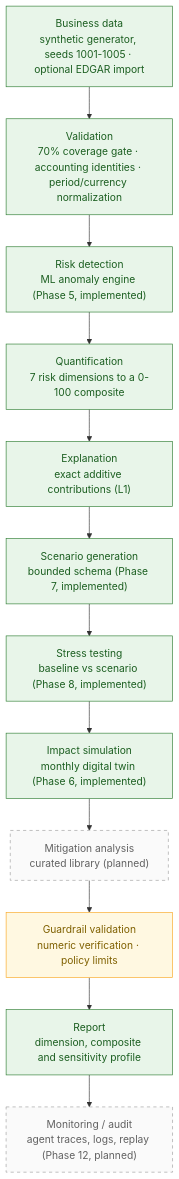
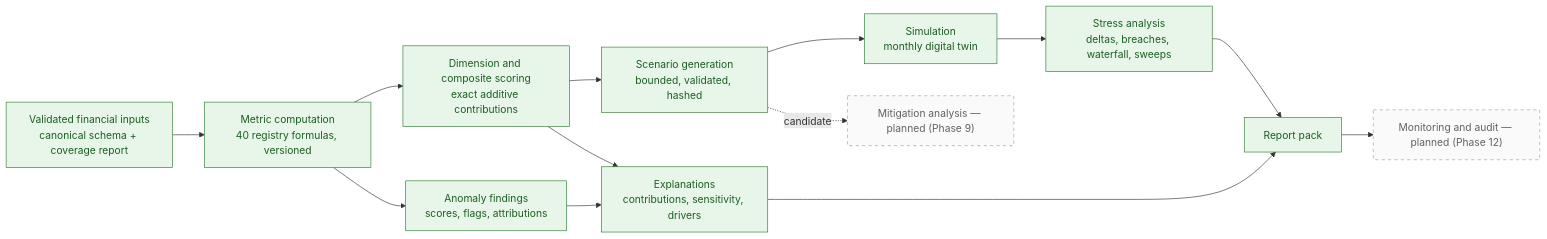
One commit to SuryanshSharma500123597/Ai-Business-Risk changed the fourth of 5 diagrams in README.md. Above: the diagram before and after it, drawn with Mermaid. The commit also changed other lines of this file, not shown here.

````diff
--- a/README.md
+++ b/README.md
@@ -87,22 +330,20 @@
 ```mermaid
-flowchart TD
-    A["Business data<br/>synthetic generator, seeds 1001-1005 · optional EDGAR import"] --> B["Validation<br/>70% coverage gate · accounting identities · period/currency normalization"]
-    B --> C["Risk detection<br/>ML anomaly engine (Phase 5, implemented)"]
-    C --> D["Quantification<br/>7 risk dimensions to a 0-100 composite"]
-    D --> E["Explanation<br/>exact additive contributions (L1)"]
-    E --> F["Scenario generation<br/>bounded schema (Phase 7, implemented)"]
-    F --> G["Stress testing<br/>baseline vs scenario (Phase 8, implemented)"]
-    G --> H["Impact simulation<br/>monthly digital twin (Phase 6, implemented)"]
-    H --> I["Mitigation analysis<br/>curated library (planned)"]
-    I --> J["Guardrail validation<br/>numeric verification · policy limits"]
-    J --> K["Report<br/>dimension, composite and sensitivity profile"]
-    K --> L["Monitoring / audit<br/>agent traces, logs, replay (Phase 12, planned)"]
+flowchart LR
+    A["Validated financial inputs<br/>canonical schema + coverage report"] --> B["Metric computation<br/>40 registry formulas, versioned"]
+    B --> C["Dimension and composite scoring<br/>exact additive contributions"]
+    B --> D["Anomaly findings<br/>scores, flags, attributions"]
+    C --> E["Scenario generation<br/>bounded, validated, hashed"]
+    E --> F["Simulation<br/>monthly digital twin"]
+    F --> G["Stress analysis<br/>deltas, breaches, waterfall, sweeps"]
+    C --> H["Explanations<br/>contributions, sensitivity, drivers"]
+    D --> H
+    G --> I["Report pack"]
+    H --> I
+    E -.candidate.-> M["Mitigation analysis — planned (Phase 9)"]
+    I --> N["Monitoring and audit — planned (Phase 12)"]
 
     classDef done fill:#e8f5e9,stroke:#2e7d32,color:#1b5e20
-    classDef partial fill:#fff8e1,stroke:#f9a825,color:#7f6000
     classDef planned fill:#fafafa,stroke:#9e9e9e,stroke-dasharray:5 5,color:#616161
-
-    class A,B,C,D,E,F,G,H,K done
-    class J partial
-    class I,L planned
+    class A,B,C,D,E,F,G,H,I done
+    class M,N planned
 ```
````
